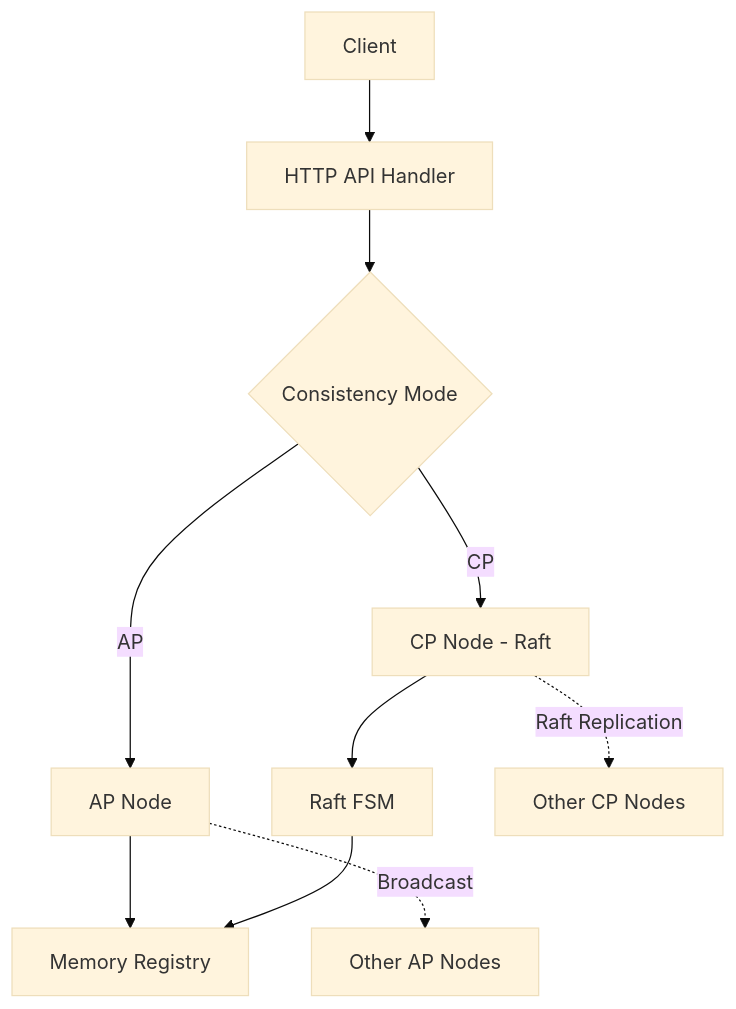
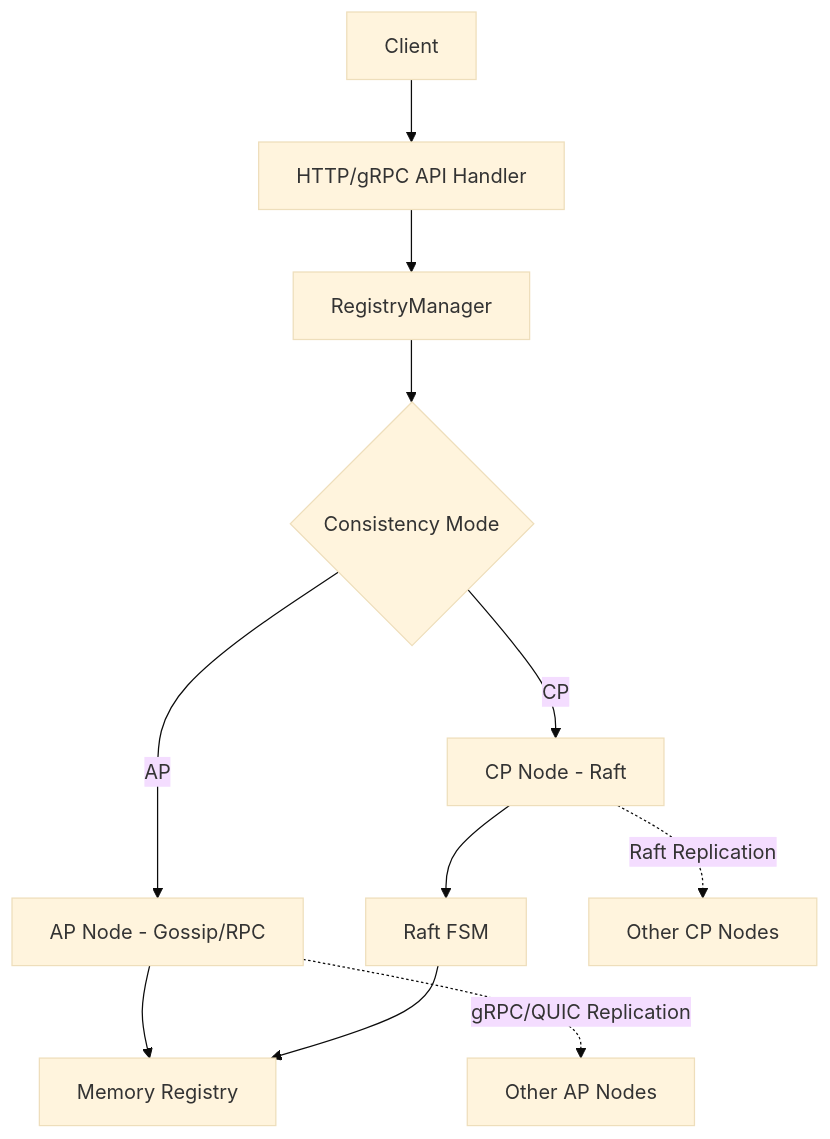
One commit to shiyindaxiaojie/eden-microservice changed the diagram in docs/design_zh.md. Above: the diagram before and after it, drawn with Mermaid (base theme). The commit also changed other lines of this file and 71 other files, not shown here.

````diff
--- a/docs/design_zh.md
+++ b/docs/design_zh.md
@@ -10,12 +10,13 @@
 ```mermaid
 graph TD
-    A[Client] --> B[HTTP API Handler]
-    B --> C{Consistency Mode}
-    C -- AP --> D[AP Node]
+    A[Client] --> B[HTTP/gRPC API Handler]
+    B --> M[RegistryManager]
+    M --> C{Consistency Mode}
+    C -- AP --> D[AP Node - Gossip/RPC]
     C -- CP --> E[CP Node - Raft]
     D --> F[Memory Registry]
     E --> G[Raft FSM]
     G --> F
-    D -. Broadcast .-> H[Other AP Nodes]
+    D -. gRPC/QUIC Replication .-> H[Other AP Nodes]
     E -. Raft Replication .-> I[Other CP Nodes]
 ```
````
